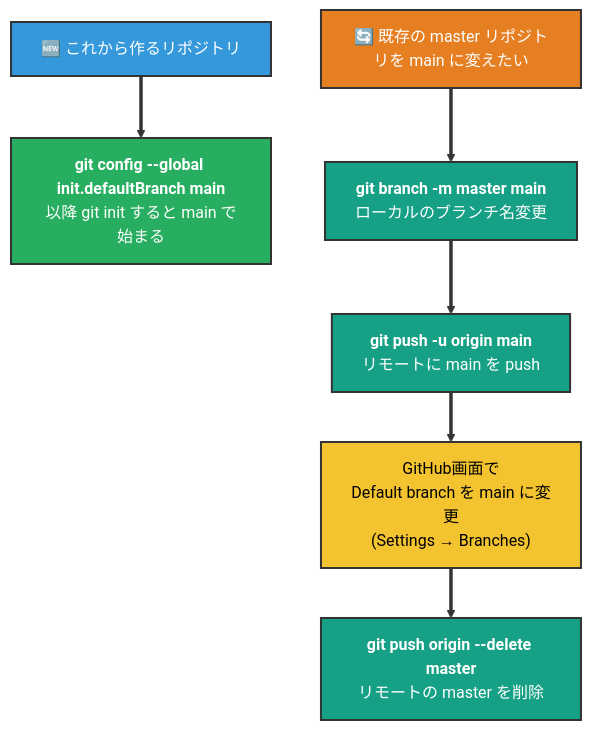
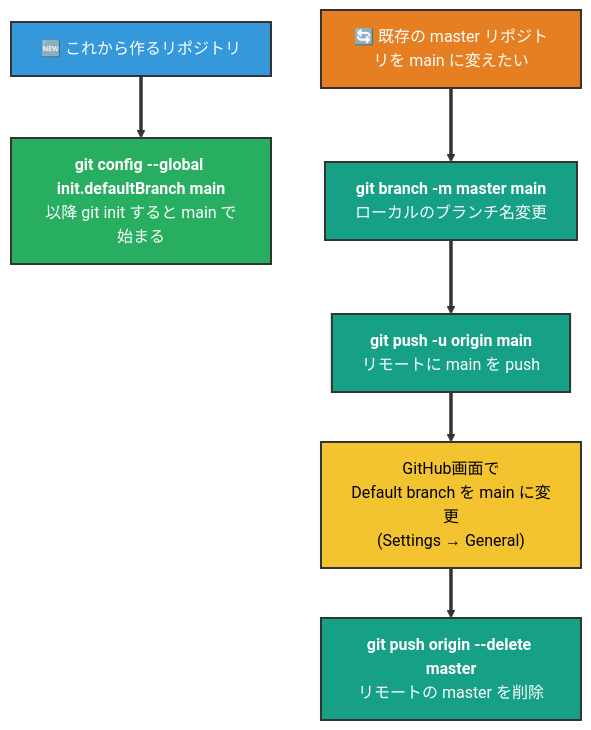
One commit to kasuyaofcb/tech_docs changed diagram 21 of 21 in 02_git/git.md. Above: the diagram before and after it, drawn with Mermaid. The commit also changed other lines of this file and 1 other file, not shown here.

First line of the commit message:
docs(git): 初学者目線レビューの指摘を反映し、手順ごとの実行頻度を明示

````diff
--- a/02_git/git.md
+++ b/02_git/git.md
@@ -787,17 +789,17 @@
 ```mermaid
 flowchart TB
     A["🆕 これから作るリポジトリ"] ==> A1["<b>git config --global init.defaultBranch main</b><br/>以降 git init すると main で始まる"]
 
     B["🔄 既存の master リポジトリを main に変えたい"] ==> B1["<b>git branch -m master main</b><br/>ローカルのブランチ名変更"]
     B1 ==> B2["<b>git push -u origin main</b><br/>リモートに main を push"]
-    B2 ==> B3["GitHub画面で<br/>Default branch を main に変更<br/>(Settings → Branches)"]
+    B2 ==> B3["GitHub画面で<br/>Default branch を main に変更<br/>(Settings → General)"]
     B3 ==> B4["<b>git push origin --delete master</b><br/>リモートの master を削除"]
 
     style A fill:#3498DB,color:#FFFFFF,stroke:#333,stroke-width:2px
     style A1 fill:#27AE60,color:#FFFFFF,stroke:#333,stroke-width:2px
     style B fill:#E67E22,color:#FFFFFF,stroke:#333,stroke-width:2px
     style B1 fill:#16A085,color:#FFFFFF,stroke:#333,stroke-width:2px
     style B2 fill:#16A085,color:#FFFFFF,stroke:#333,stroke-width:2px
     style B3 fill:#F4C430,color:#000,stroke:#333,stroke-width:2px
     style B4 fill:#16A085,color:#FFFFFF,stroke:#333,stroke-width:2px
 ```
````
